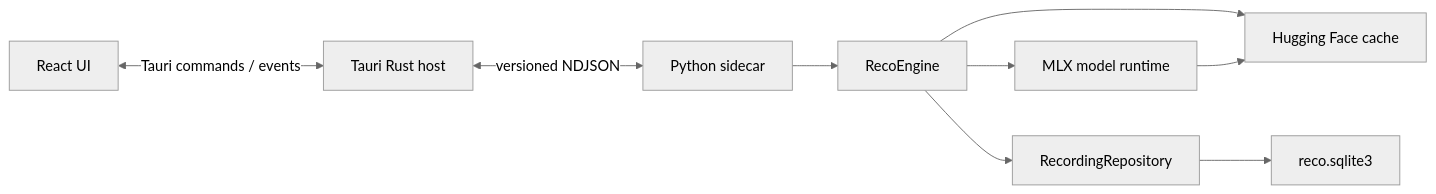
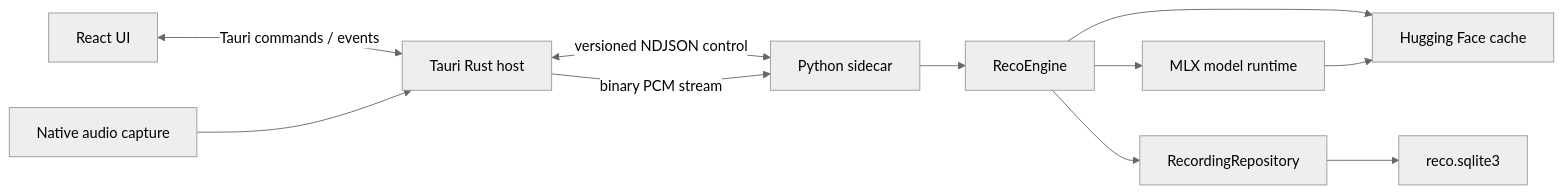
Before and after one commit to ph0ryn/RecoGUI: the diagram in docs/application-design.md, drawn with Mermaid (neutral theme). The commit also changed other lines of this file and 2 other files, not shown here.

First line of the commit message:
docs: specify native desktop audio capture

````diff
--- a/docs/application-design.md
+++ b/docs/application-design.md
@@ -10,20 +10,23 @@
 ```mermaid
 flowchart LR
   UI["React UI"]
   Host["Tauri Rust host"]
+  Capture["Native audio capture"]
   Sidecar["Python sidecar"]
   Engine["RecoEngine"]
   Runtime["MLX model runtime"]
   HFCache["Hugging Face cache"]
   Repository["RecordingRepository"]
   Database["reco.sqlite3"]
 
   UI <-->|"Tauri commands / events"| Host
-  Host <-->|"versioned NDJSON"| Sidecar
+  Host <-->|"versioned NDJSON control"| Sidecar
+  Host -->|"binary PCM stream"| Sidecar
+  Capture --> Host
   Sidecar --> Engine
   Engine --> Runtime
   Engine --> HFCache
   Runtime --> HFCache
   Engine --> Repository
   Repository --> Database
 ```
````
